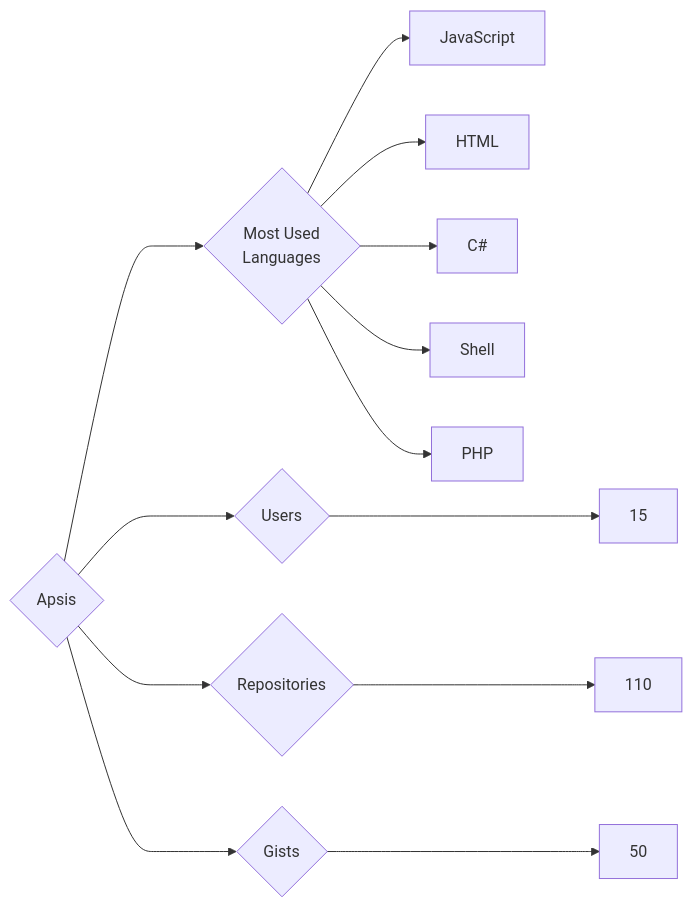
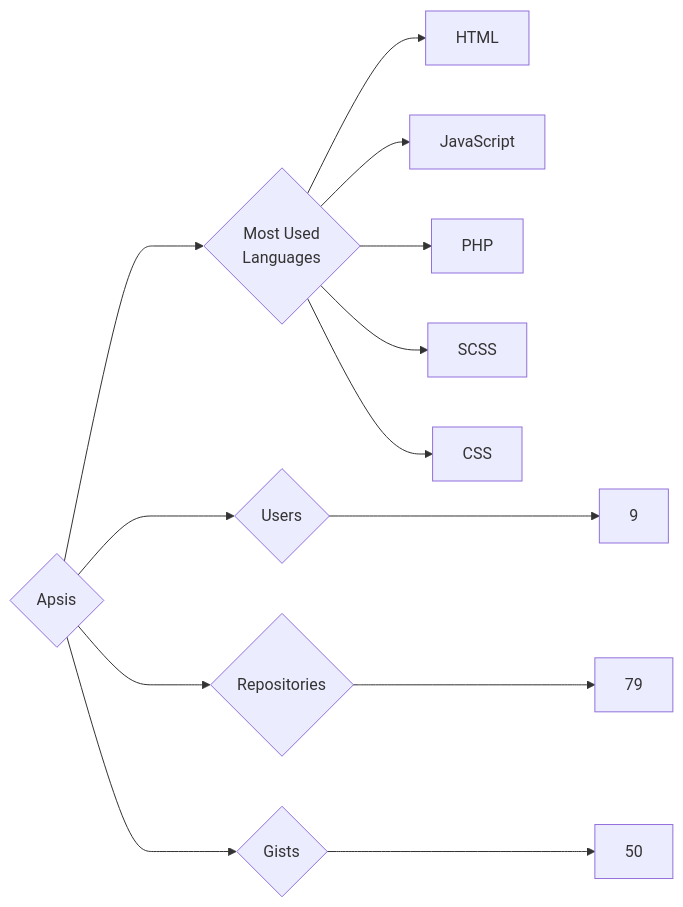
Before and after one commit to trickest/insiders: the diagram in targets/Apsis/README.md, drawn with Mermaid. The commit also changed 757 other files, not shown here.

````diff
--- a/targets/Apsis/README.md
+++ b/targets/Apsis/README.md
@@ -3,13 +3,13 @@
 ```mermaid
 graph LR
 COMPANY_NAME{Apsis}
-COMPANY_NAME ---> U{Users} ---> UN[15]
-COMPANY_NAME ---> R{Repositories} ---> RN[110]
+COMPANY_NAME ---> U{Users} ---> UN[9]
+COMPANY_NAME ---> R{Repositories} ---> RN[79]
 COMPANY_NAME ---> G{Gists} ---> GN[50]
 COMPANY_NAME ---> ML{Most Used<br>Languages}
+ML --> HTML[HTML]
 ML --> JavaScript[JavaScript]
-ML --> HTML[HTML]
-ML --> C#[C#]
-ML --> Shell[Shell]
 ML --> PHP[PHP]
+ML --> SCSS[SCSS]
+ML --> CSS[CSS]
 ```
````
